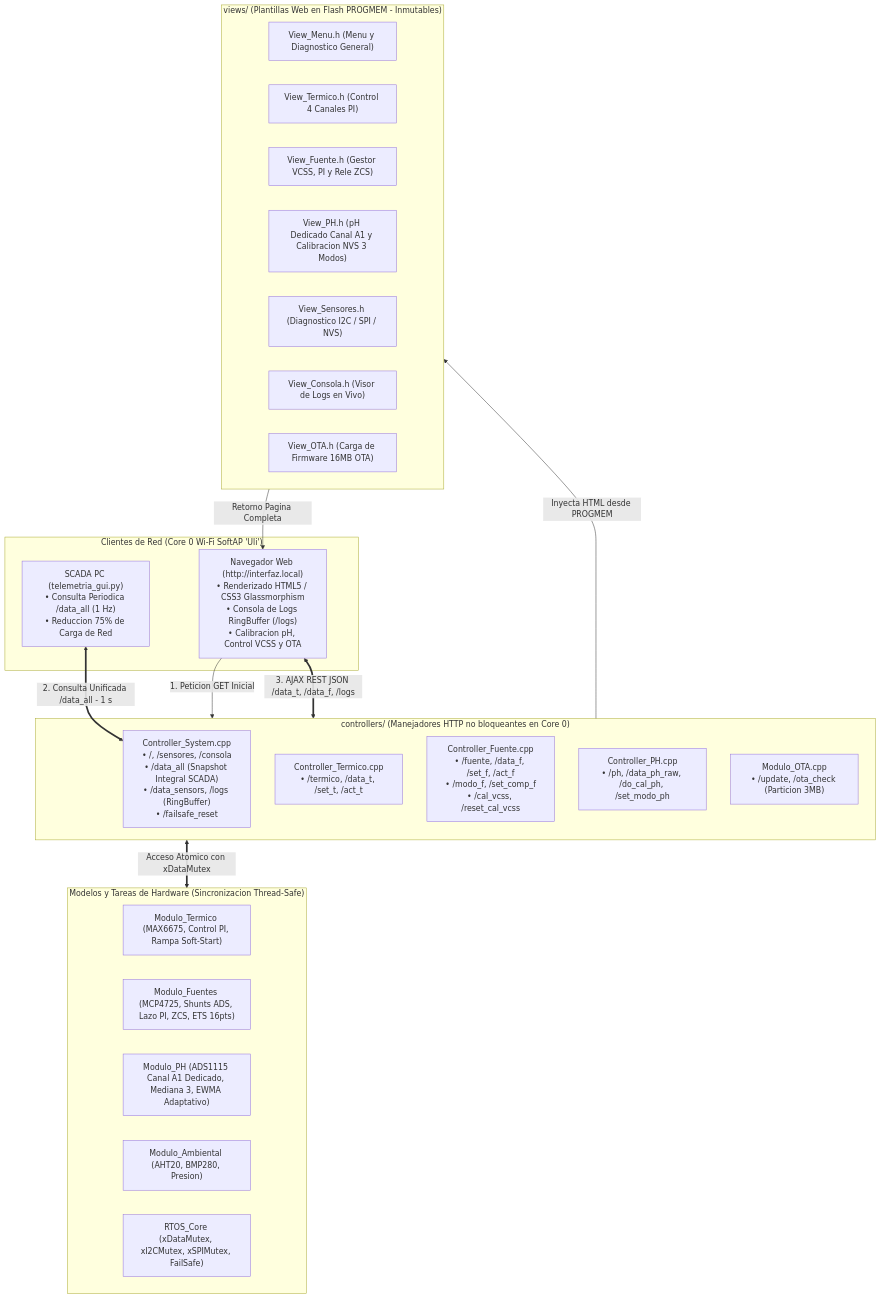
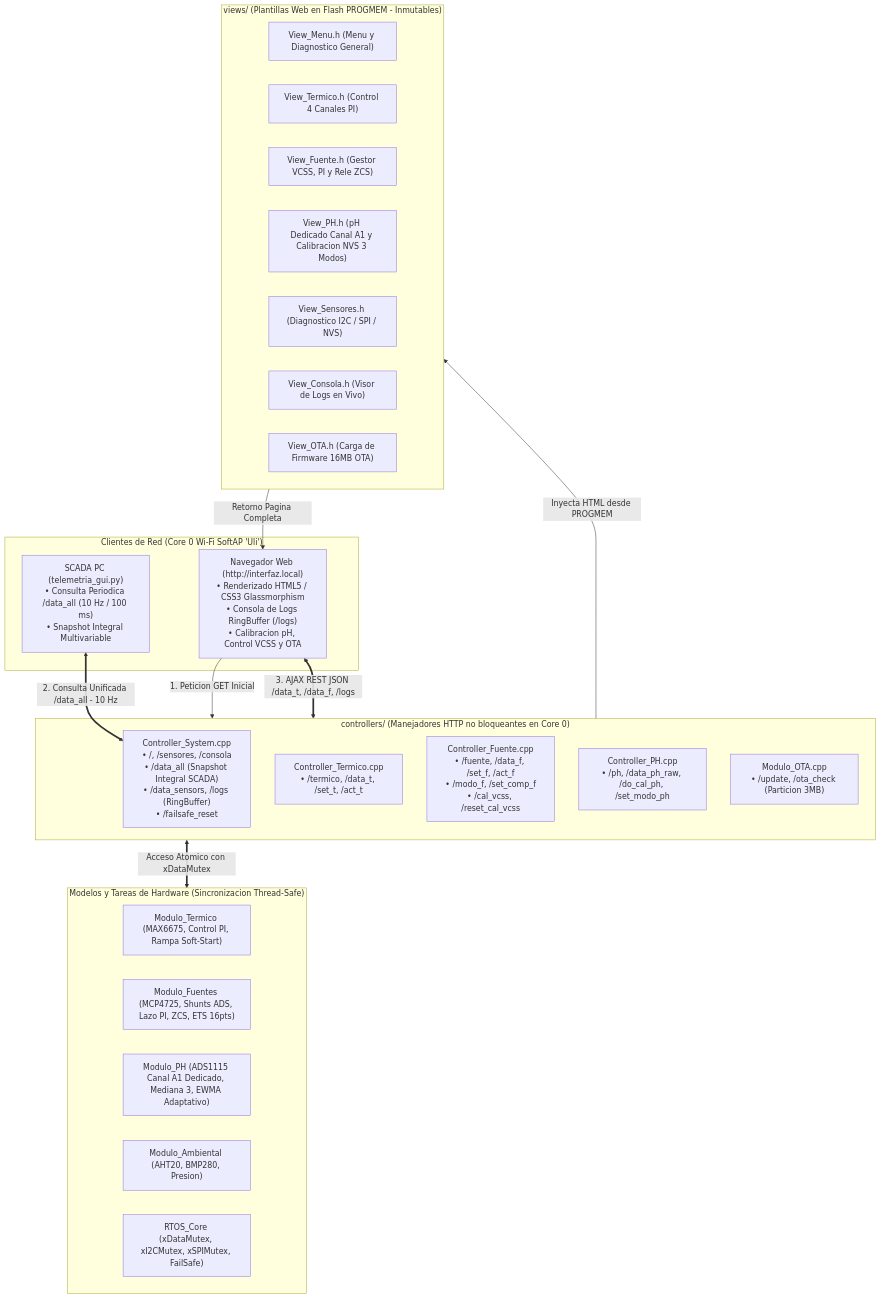
The diagram in visualizacion/diagramas/rtos/fuentes/10_arquitectura_mvc_web.mmd (Chavacastro98/Proyecto), drawn with Mermaid before and after one commit. The commit also changed 20 other files, not shown here.

Commit message:
feat(docs): integrar diagrama distribuido en cascada, capturas de UI en README y actualizar diagramas tecnicos RTOS 2.0

```diff
--- a/visualizacion/diagramas/rtos/fuentes/10_arquitectura_mvc_web.mmd
+++ b/visualizacion/diagramas/rtos/fuentes/10_arquitectura_mvc_web.mmd
@@ -1,39 +1,39 @@
 graph TD
     subgraph CLIENTE["Clientes de Red (Core 0 Wi-Fi SoftAP 'Uli')"]
-        SCADA_APP["SCADA PC (telemetria_gui.py)<br>• Consulta Periodica /data_all (1 Hz)<br>• Reduccion 75% de Carga de Red"]
+        SCADA_APP["SCADA PC (telemetria_gui.py)<br>• Consulta Periodica /data_all (10 Hz / 100 ms)<br>• Snapshot Integral Multivariable"]
         BROWSER["Navegador Web (http://interfaz.local)<br>• Renderizado HTML5 / CSS3 Glassmorphism<br>• Consola de Logs RingBuffer (/logs)<br>• Calibracion pH, Control VCSS y OTA"]
     end
 
     subgraph VISTAS["views/ (Plantillas Web en Flash PROGMEM - Inmutables)"]
         V_MENU["View_Menu.h (Menu y Diagnostico General)"]
         V_TERM["View_Termico.h (Control 4 Canales PI)"]
         V_FUE["View_Fuente.h (Gestor VCSS, PI y Rele ZCS)"]
         V_PH["View_PH.h (pH Dedicado Canal A1 y Calibracion NVS 3 Modos)"]
         V_SENS["View_Sensores.h (Diagnostico I2C / SPI / NVS)"]
         V_CONS["View_Consola.h (Visor de Logs en Vivo)"]
         V_OTA["View_OTA.h (Carga de Firmware 16MB OTA)"]
     end
 
     subgraph CONTROLADORES["controllers/ (Manejadores HTTP no bloqueantes en Core 0)"]
         C_SYS["Controller_System.cpp<br>• /, /sensores, /consola<br>• /data_all (Snapshot Integral SCADA)<br>• /data_sensors, /logs (RingBuffer)<br>• /failsafe_reset"]
         C_TERM["Controller_Termico.cpp<br>• /termico, /data_t, /set_t, /act_t"]
         C_FUE["Controller_Fuente.cpp<br>• /fuente, /data_f, /set_f, /act_f<br>• /modo_f, /set_comp_f<br>• /cal_vcss, /reset_cal_vcss"]
         C_PH["Controller_PH.cpp<br>• /ph, /data_ph_raw, /do_cal_ph, /set_modo_ph"]
         C_OTA["Modulo_OTA.cpp<br>• /update, /ota_check (Particion 3MB)"]
     end
 
     subgraph MODELOS_RTOS["Modelos y Tareas de Hardware (Sincronizacion Thread-Safe)"]
         M_TERM["Modulo_Termico (MAX6675, Control PI, Rampa Soft-Start)"]
         M_FUE["Modulo_Fuentes (MCP4725, Shunts ADS, Lazo PI, ZCS, ETS 16pts)"]
         M_PH["Modulo_PH (ADS1115 Canal A1 Dedicado, Mediana 3, EWMA Adaptativo)"]
         M_AMB["Modulo_Ambiental (AHT20, BMP280, Presion)"]
         CORE_RTOS["RTOS_Core (xDataMutex, xI2CMutex, xSPIMutex, FailSafe)"]
     end
 
     BROWSER -->|1. Peticion GET Inicial| CONTROLADORES
     CONTROLADORES -->|Inyecta HTML desde PROGMEM| VISTAS
     VISTAS -->|Retorno Pagina Completa| BROWSER
 
-    SCADA_APP <==>|2. Consulta Unificada /data_all - 1 s| C_SYS
+    SCADA_APP <==>|2. Consulta Unificada /data_all - 10 Hz| C_SYS
     BROWSER <==>|3. AJAX REST JSON /data_t, /data_f, /logs| CONTROLADORES
     CONTROLADORES <==>|Acceso Atomico con xDataMutex| MODELOS_RTOS
```
